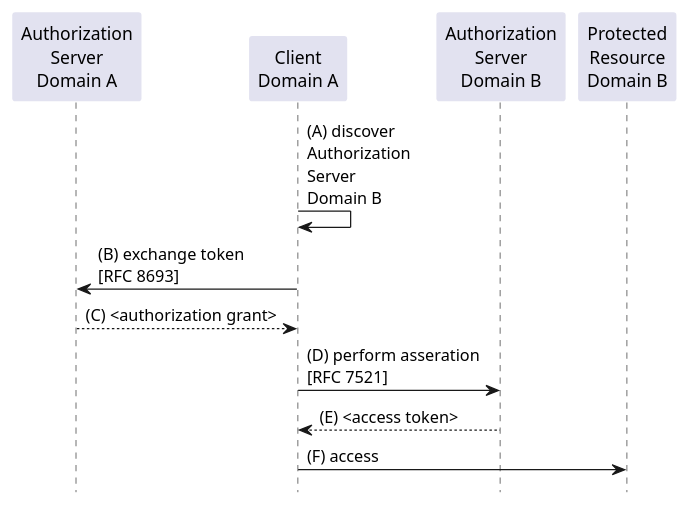
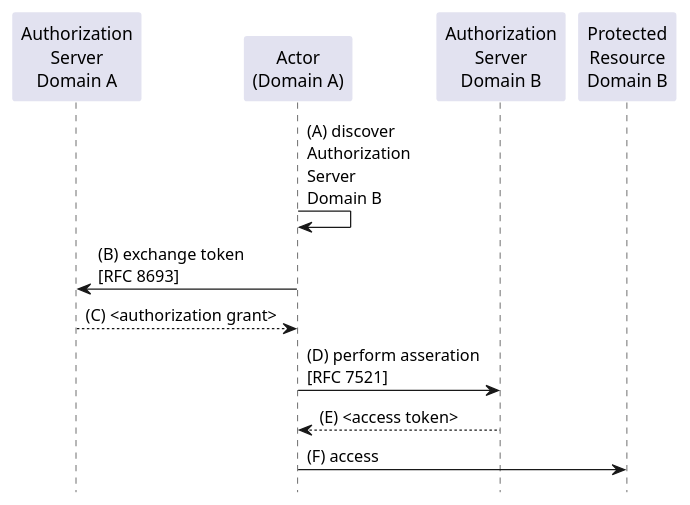
Before and after one commit to oauth-wg/oauth-identity-chaining: the diagram in diagrams/identity-chaining-flow.puml, drawn with PlantUML. The commit also changed 3 other files, not shown here.

```diff
--- a/diagrams/identity-chaining-flow.puml
+++ b/diagrams/identity-chaining-flow.puml
@@ -1,24 +1,24 @@
 @startuml "identity-chaining-flow"
 hide footbox
 skinparam {
     sequenceParticipantBorderThickness 0
 }
 
 participant ASa as "Authorization\nServer\nDomain A"
-participant client as "Client\nDomain A"
+participant client as "Actor\n(Domain A)"
 participant ASb as "Authorization\nServer\nDomain B"
 participant pr as "Protected\nResource\nDomain B"
 
 client -> client: (A) discover\nAuthorization\nServer\nDomain B
 
 client -> ASa: (B) exchange token\n[RFC 8693]
 return (C) <authorization grant>
 
 client -> ASb: (D) perform asseration\n[RFC 7521]
 return (E) <access token>
 
 client -> pr: (F) access
 
 
 
 @enduml
```
